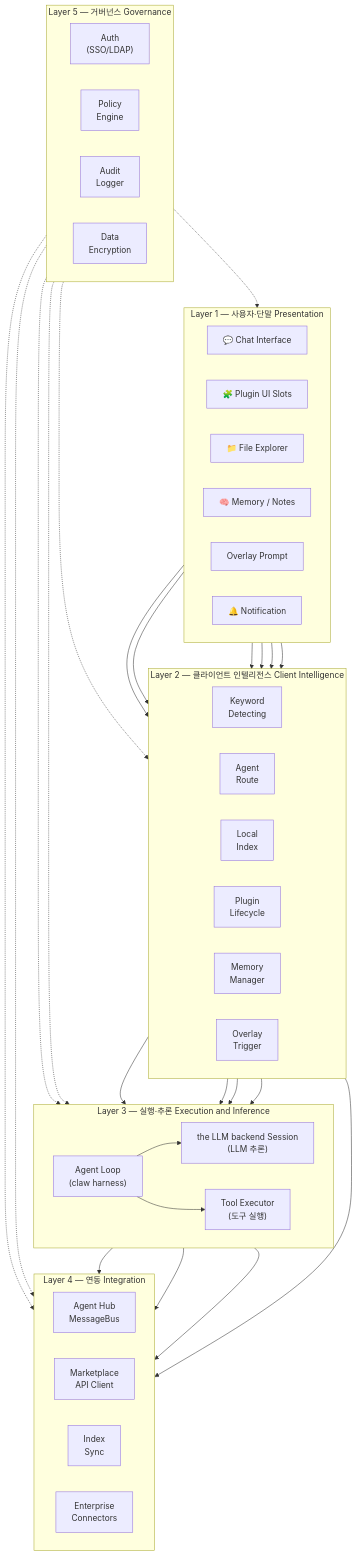
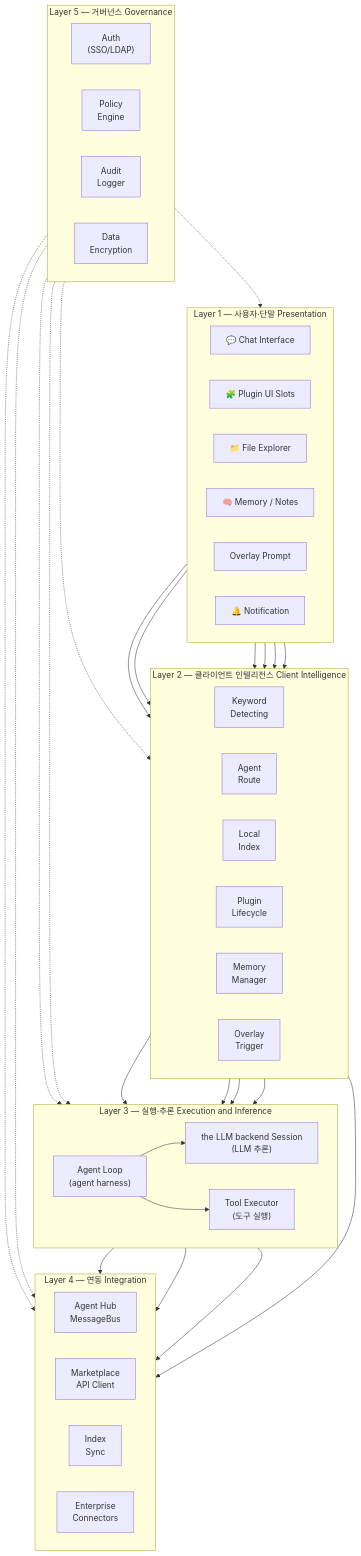
Before and after one commit to lvis-project/lvis-app: the fourth of 44 diagrams in docs/architecture/architecture.md, drawn with Mermaid. The commit also changed other lines of this file and 30 other files, not shown here.

````diff
--- a/docs/architecture/architecture.md
+++ b/docs/architecture/architecture.md
@@ -223,71 +223,71 @@
 ```mermaid
 graph TB
     subgraph "Layer 1 — 사용자·단말 Presentation"
         direction LR
         L1_CHAT["💬 Chat Interface"]
         L1_PLUGIN_UI["🧩 Plugin UI Slots"]
         L1_FILE["📁 File Explorer"]
         L1_MEM["🧠 Memory / Notes"]
         L1_OVERLAY["Overlay Prompt"]
         L1_NOTIFY["🔔 Notification"]
     end
 
     subgraph "Layer 2 — 클라이언트 인텔리전스 Client Intelligence"
         direction LR
         L2_KW["Keyword<br/>Detecting"]
         L2_ROUTE["Agent<br/>Route"]
         L2_IDX["Local<br/>Index"]
         L2_PLUGIN["Plugin<br/>Lifecycle"]
         L2_MEMORY["Memory<br/>Manager"]
         L2_OVERLAY["Overlay<br/>Trigger"]
     end
 
     subgraph "Layer 3 — 실행·추론 Execution and Inference"
         direction LR
         L3_SESSION["the LLM backend Session<br/>(LLM 추론)"]
         L3_TOOL["Tool Executor<br/>(도구 실행)"]
-        L3_AGENT_LOOP["Agent Loop<br/>(claw harness)"]
+        L3_AGENT_LOOP["Agent Loop<br/>(agent harness)"]
     end
 
     subgraph "Layer 4 — 연동 Integration"
         direction LR
         L4_MSGBUS["Agent Hub<br/>MessageBus"]
         L4_MARKET["Marketplace<br/>API Client"]
         L4_SYNC["Index<br/>Sync"]
         L4_CONNECTOR["Enterprise<br/>Connectors"]
     end
 
     subgraph "Layer 5 — 거버넌스 Governance"
         direction LR
         L5_AUTH["Auth<br/>(SSO/LDAP)"]
         L5_POLICY["Policy<br/>Engine"]
         L5_AUDIT["Audit<br/>Logger"]
         L5_ENCRYPT["Data<br/>Encryption"]
     end
 
     L1_CHAT --> L2_KW
     L1_CHAT --> L2_ROUTE
     L1_PLUGIN_UI --> L2_PLUGIN
     L1_FILE --> L2_IDX
     L1_MEM --> L2_MEMORY
     L1_OVERLAY --> L2_OVERLAY
 
     L2_KW --> L3_AGENT_LOOP
     L2_ROUTE --> L3_AGENT_LOOP
     L2_MEMORY --> L3_SESSION
     L2_OVERLAY --> L3_SESSION
     L3_AGENT_LOOP --> L3_SESSION
     L3_AGENT_LOOP --> L3_TOOL
 
     L3_SESSION --> L4_MSGBUS
     L3_TOOL --> L4_MARKET
     L3_TOOL --> L4_CONNECTOR
     L2_IDX --> L4_SYNC
 
     L5_AUTH -.-> L1_CHAT
     L5_POLICY -.-> L3_TOOL
     L5_POLICY -.-> L4_CONNECTOR
     L5_AUDIT -.-> L3_SESSION
     L5_AUDIT -.-> L4_MSGBUS
     L5_ENCRYPT -.-> L2_MEMORY
 ```
````
